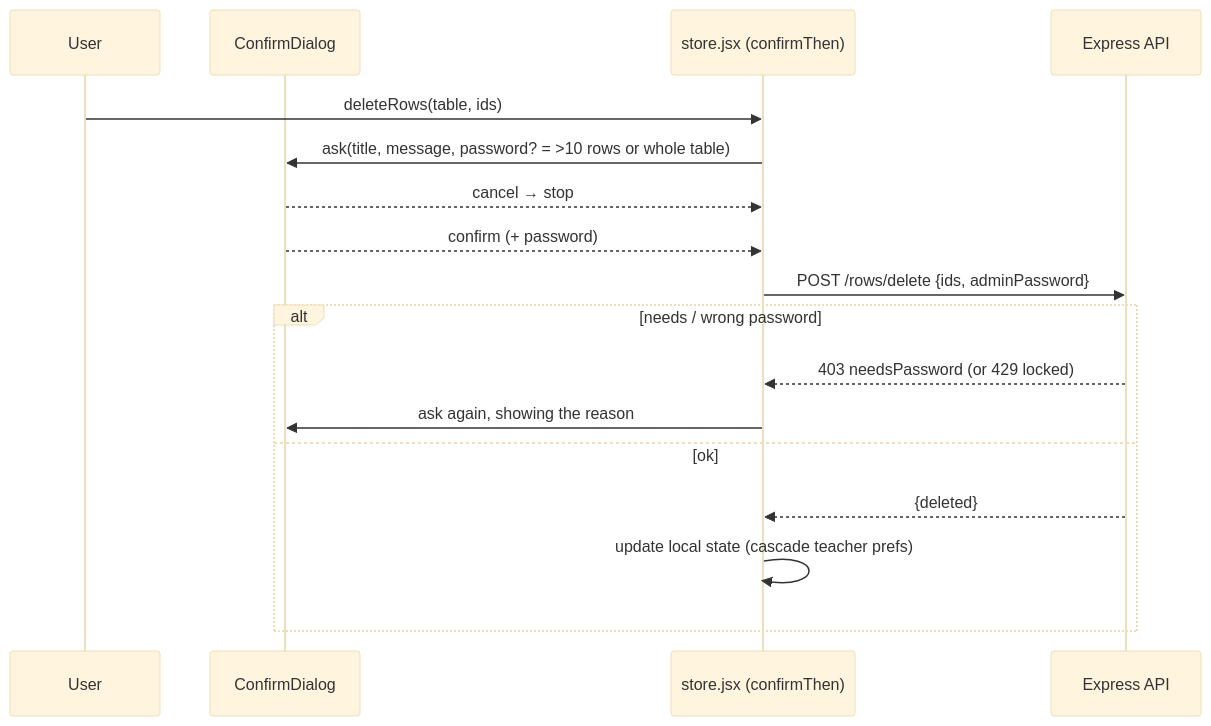
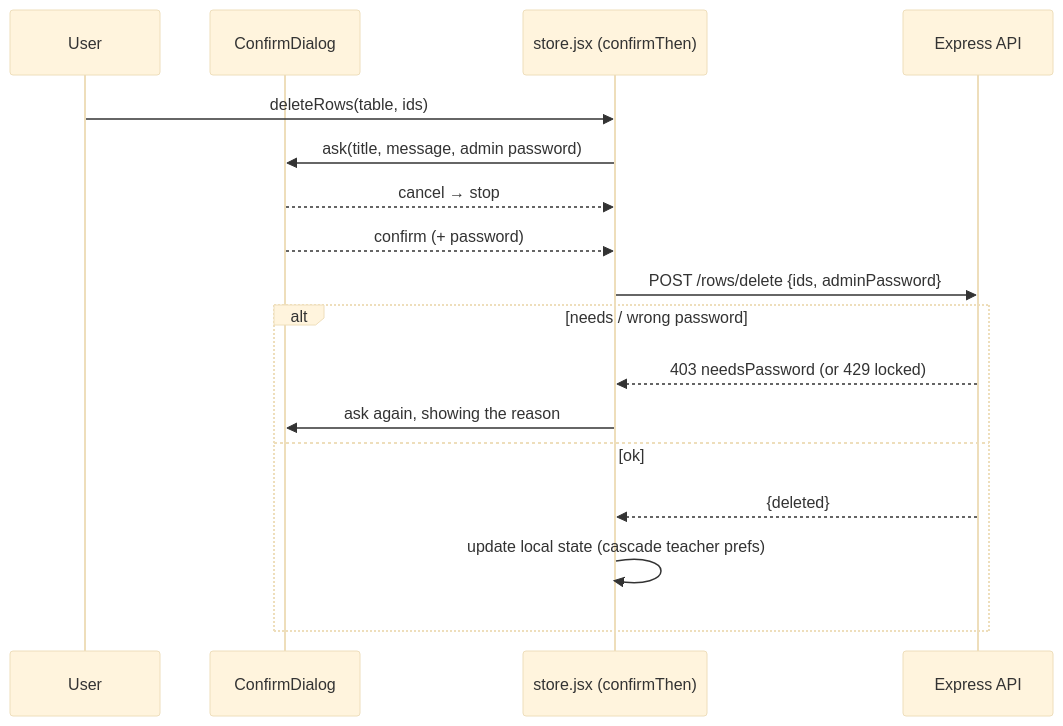
The third of 4 diagrams in FLOW.md (maroofkhan000/IntelliSched-Ai-), drawn with Mermaid (base theme) before and after one commit. The commit also changed other lines of this file and 6 other files, not shown here.

First line of the commit message:
Admin password for anything that deletes or overwrites data

````diff
--- a/FLOW.md
+++ b/FLOW.md
@@ -54,19 +54,19 @@
 ```mermaid
 sequenceDiagram
     participant U as User
     participant UI as ConfirmDialog
     participant S as store.jsx (confirmThen)
     participant API as Express API
     U->>S: deleteRows(table, ids)
-    S->>UI: ask(title, message, password? = >10 rows or whole table)
+    S->>UI: ask(title, message, admin password)
     UI-->>S: cancel → stop
     UI-->>S: confirm (+ password)
     S->>API: POST /rows/delete {ids, adminPassword}
     alt needs / wrong password
         API-->>S: 403 needsPassword (or 429 locked)
         S->>UI: ask again, showing the reason
     else ok
         API-->>S: {deleted}
         S->>S: update local state (cascade teacher prefs)
     end
 ```
````
